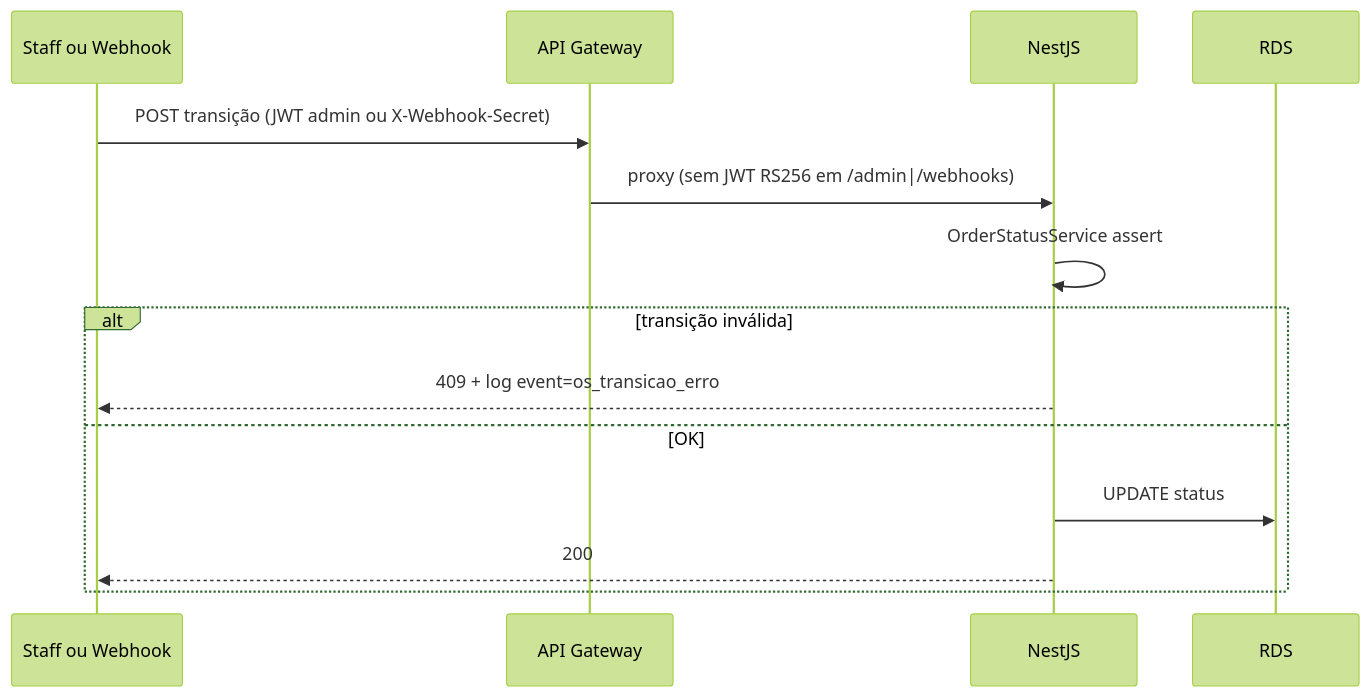
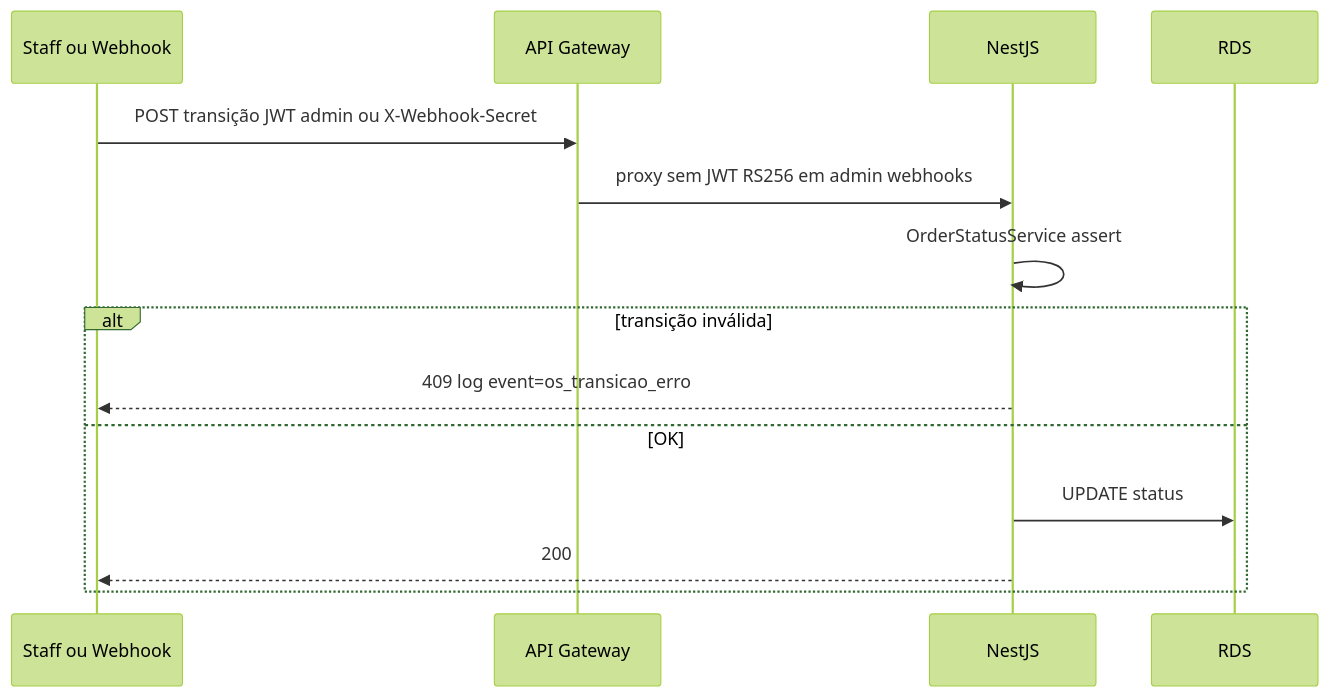
Before and after one commit to dinhogt/autoservicemanager-app: the fifth of 5 diagrams in docs/architecture/diagrams-fase3.md, drawn with Mermaid (forest theme). The commit also changed other lines of this file and 6 other files, not shown here.

Commit message:
docs(fase3): close rubric gaps — diagrams, ADR-011, ER, delivery-index

````diff
--- a/docs/architecture/diagrams-fase3.md
+++ b/docs/architecture/diagrams-fase3.md
@@ -67,16 +134,16 @@
 ```mermaid
 sequenceDiagram
   participant S as Staff ou Webhook
   participant G as API Gateway
   participant A as NestJS
   participant D as RDS
-  S->>G: POST transição (JWT admin ou X-Webhook-Secret)
-  G->>A: proxy (sem JWT RS256 em /admin|/webhooks)
+  S->>G: POST transição JWT admin ou X-Webhook-Secret
+  G->>A: proxy sem JWT RS256 em admin webhooks
   A->>A: OrderStatusService assert
   alt transição inválida
-    A-->>S: 409 + log event=os_transicao_erro
+    A-->>S: 409 log event=os_transicao_erro
   else OK
     A->>D: UPDATE status
     A-->>S: 200
   end
 ```
````
